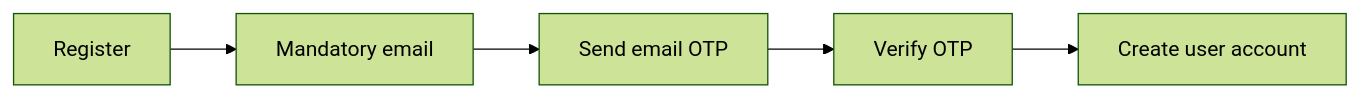
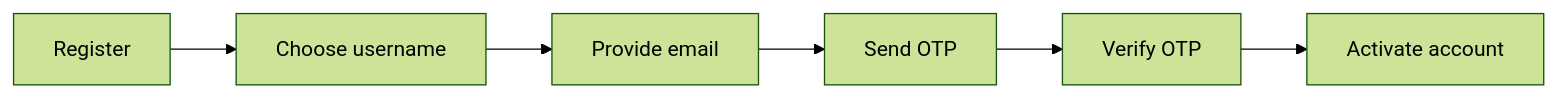
Before and after one commit to adityavarmachandika/aham-docs: the first of 2 diagrams in canvas/architecture/auth-and-access.md, drawn with Mermaid (forest theme). The commit also changed other lines of this file and 11 other files, not shown here.

Commit message:
docs: formalize AHAM Phase 1 product and architecture

````diff
--- a/canvas/architecture/auth-and-access.md
+++ b/canvas/architecture/auth-and-access.md
@@ -7,7 +14,8 @@
 ```mermaid
 flowchart LR
-    R[Register] --> E[Mandatory email]
-    E --> O[Send email OTP]
+    R[Register] --> U[Choose username]
+    U --> E[Provide email]
+    E --> O[Send OTP]
     O --> V[Verify OTP]
-    V --> U[Create user account]
+    V --> A[Activate account]
 ```
````
